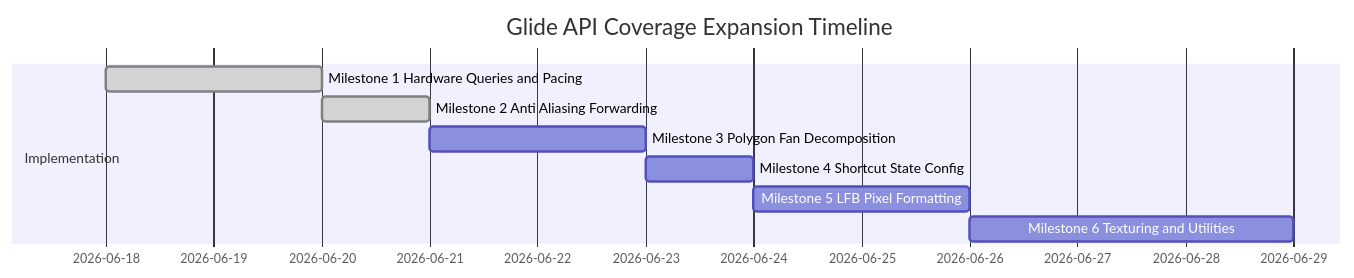
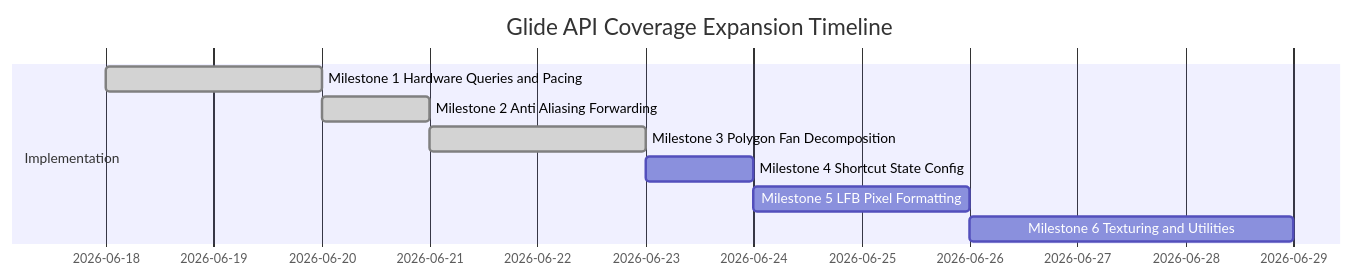
The diagram in docs/glide_coverage_roadmap.md (eugenenuke/glide-ng), drawn with Mermaid before and after one commit. The commit also changed 2 other files, not shown here.

Commit message:
Implement Milestone 3: Polygon Fan Decomposition. Add planar polygon drawing APIs, standard polygon fan decomposition helpers, and comprehensive Catch2 rendering/decomposition tests.

````diff
--- a/docs/glide_coverage_roadmap.md
+++ b/docs/glide_coverage_roadmap.md
@@ -20,12 +20,12 @@
 ```mermaid
 gantt
     title Glide API Coverage Expansion Timeline
     dateFormat  YYYY-MM-DD
     section Implementation
     Milestone 1 Hardware Queries and Pacing     :done, m1, 2026-06-18, 2d
     Milestone 2 Anti Aliasing Forwarding        :done, m2, after m1, 1d
-    Milestone 3 Polygon Fan Decomposition       :      m3, after m2, 2d
+    Milestone 3 Polygon Fan Decomposition       :done, m3, after m2, 2d
     Milestone 4 Shortcut State Config           :        m4, after m3, 1d
     Milestone 5 LFB Pixel Formatting            :        m5, after m4, 2d
     Milestone 6 Texturing and Utilities         :        m6, after m5, 3d
 ```
````
